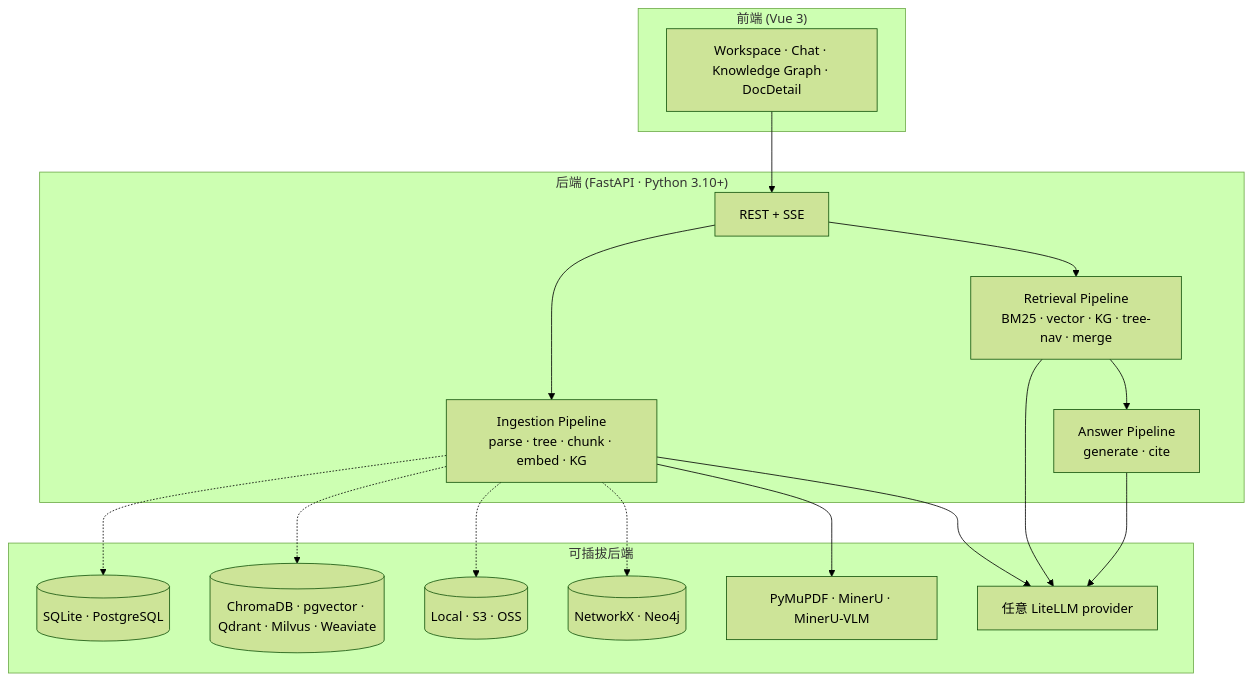
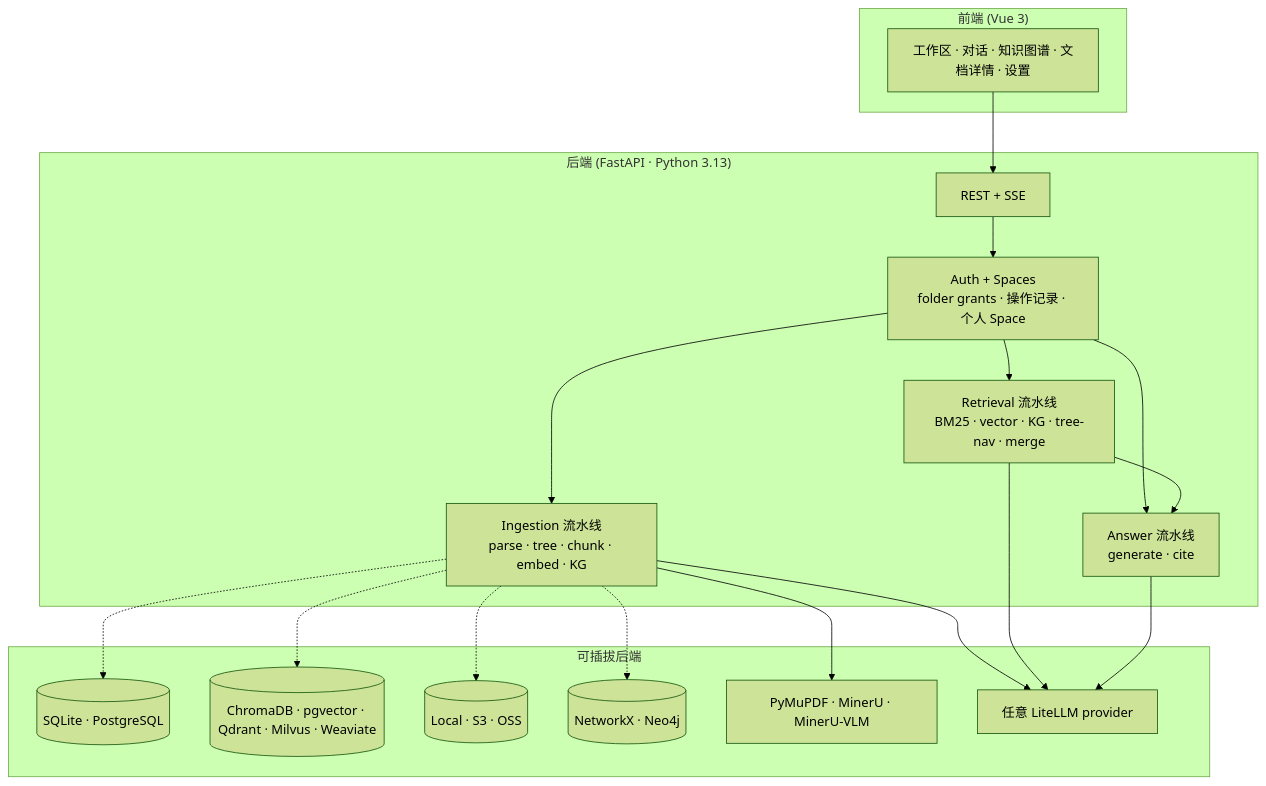
The second of 2 diagrams in README_CN.md (deeplethe/ForgeRAG), drawn with Mermaid (forest theme) before and after one commit. The commit also changed other lines of this file and 2 other files, not shown here.

First line of the commit message:
docs: refresh README + README_CN + architecture.md to match shipped state

````diff
--- a/README_CN.md
+++ b/README_CN.md
@@ -127,29 +140,30 @@
 ```mermaid
 flowchart TB
     subgraph "前端 (Vue 3)"
-        UI[Workspace · Chat · Knowledge Graph · DocDetail]
+        UI[工作区 · 对话 · 知识图谱 · 文档详情 · 设置]
     end
-    subgraph "后端 (FastAPI · Python 3.10+)"
+    subgraph "后端 (FastAPI · Python 3.13)"
         API[REST + SSE]
-        ING[Ingestion Pipeline<br/>parse · tree · chunk · embed · KG]
-        RET[Retrieval Pipeline<br/>BM25 · vector · KG · tree-nav · merge]
-        ANS[Answer Pipeline<br/>generate · cite]
+        ING[Ingestion 流水线<br/>parse · tree · chunk · embed · KG]
+        RET[Retrieval 流水线<br/>BM25 · vector · KG · tree-nav · merge]
+        ANS[Answer 流水线<br/>generate · cite]
+        AUTH[Auth + Spaces<br/>folder grants · 操作记录 · 个人 Space]
     end
     subgraph "可插拔后端"
         REL[(SQLite · PostgreSQL)]
         VEC[(ChromaDB · pgvector · Qdrant · Milvus · Weaviate)]
         BLOB[(Local · S3 · OSS)]
         KGS[(NetworkX · Neo4j)]
         PARSE[PyMuPDF · MinerU · MinerU-VLM]
         LLM[任意 LiteLLM provider]
     end
     UI --> API
-    API --> ING
-    API --> RET
+    API --> AUTH
+    AUTH --> ING & RET & ANS
     RET --> ANS
     ING -.-> REL & VEC & BLOB & KGS
     ING --> PARSE
     ING --> LLM
     RET --> LLM
     ANS --> LLM
 ```
````
